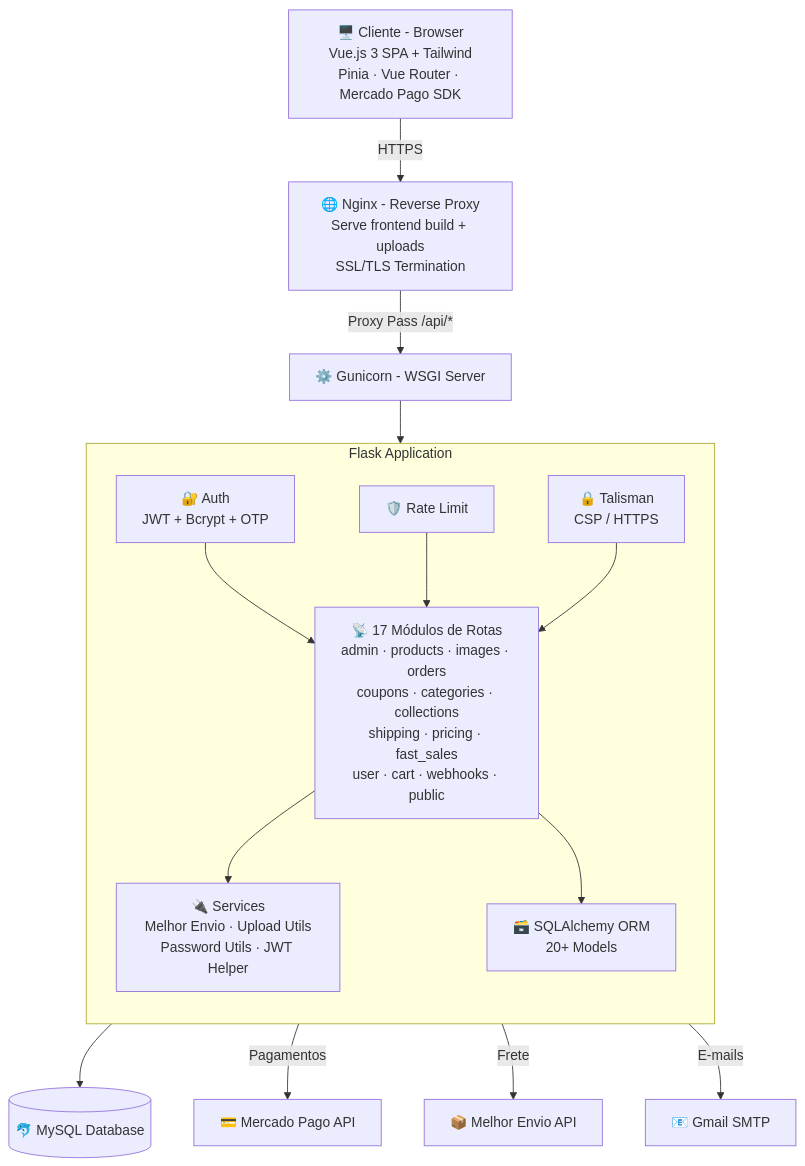
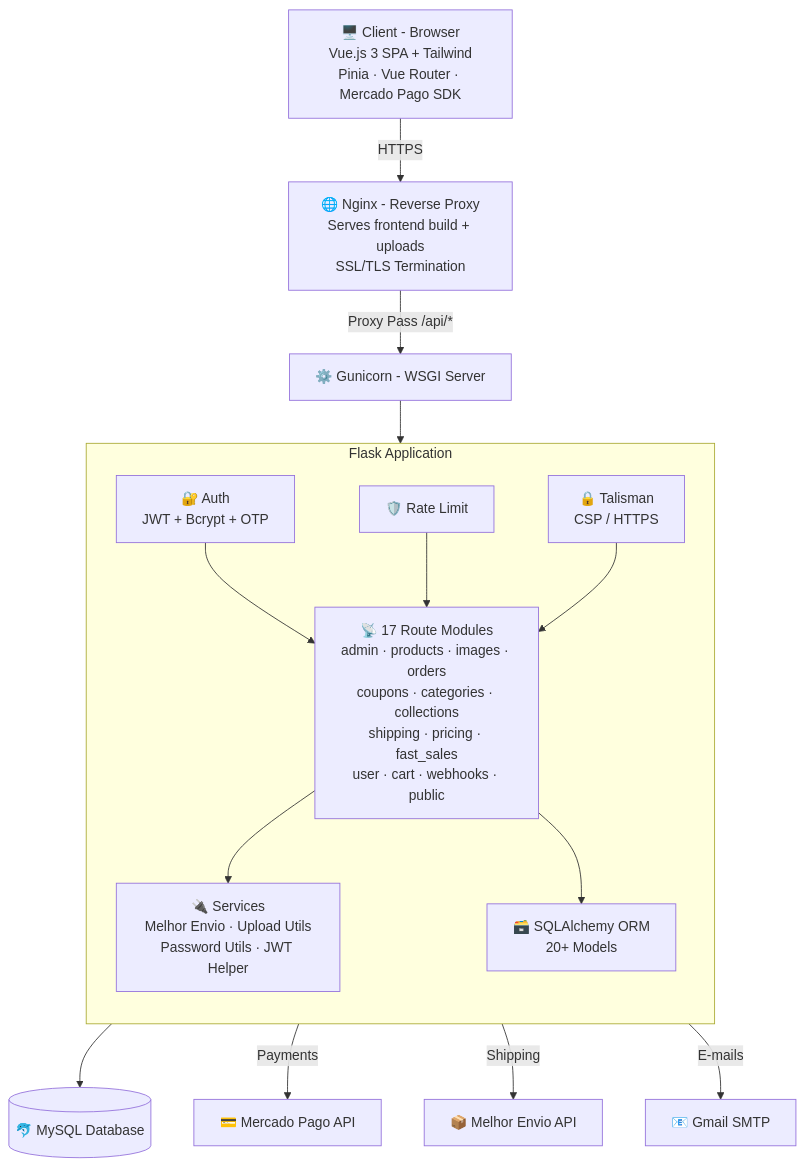
The diagram in README.md (Xavis01/fullstack-ecommerce-platform-Showcase), drawn with Mermaid before and after one commit. The commit also changed other lines of this file and 2 other files, not shown here.

````diff
--- a/README.md
+++ b/README.md
@@ -191,33 +191,33 @@
 ```mermaid
 flowchart TD
-    CLIENT["🖥️ Cliente - Browser\nVue.js 3 SPA + Tailwind\nPinia · Vue Router · Mercado Pago SDK"]
-    NGINX["🌐 Nginx - Reverse Proxy\nServe frontend build + uploads\nSSL/TLS Termination"]
+    CLIENT["🖥️ Client - Browser\nVue.js 3 SPA + Tailwind\nPinia · Vue Router · Mercado Pago SDK"]
+    NGINX["🌐 Nginx - Reverse Proxy\nServes frontend build + uploads\nSSL/TLS Termination"]
     GUNICORN["⚙️ Gunicorn - WSGI Server"]
     
     subgraph FLASK["Flask Application"]
         direction TB
         AUTH["🔐 Auth\nJWT + Bcrypt + OTP"]
         RATE["🛡️ Rate Limit"]
         TALISMAN["🔒 Talisman\nCSP / HTTPS"]
-        ROUTES["📡 17 Módulos de Rotas\nadmin · products · images · orders\ncoupons · categories · collections\nshipping · pricing · fast_sales\nuser · cart · webhooks · public"]
+        ROUTES["📡 17 Route Modules\nadmin · products · images · orders\ncoupons · categories · collections\nshipping · pricing · fast_sales\nuser · cart · webhooks · public"]
         SERVICES["🔌 Services\nMelhor Envio · Upload Utils\nPassword Utils · JWT Helper"]
         ORM["🗃️ SQLAlchemy ORM\n20+ Models"]
         
         AUTH & RATE & TALISMAN --> ROUTES
         ROUTES --> SERVICES
         ROUTES --> ORM
     end
     
     DB[("🐬 MySQL Database")]
     MP["💳 Mercado Pago API"]
     ME["📦 Melhor Envio API"]
     MAIL["📧 Gmail SMTP"]
     
     CLIENT -->|HTTPS| NGINX
     NGINX -->|"Proxy Pass /api/*"| GUNICORN
     GUNICORN --> FLASK
     ORM --> DB
-    SERVICES -->|Pagamentos| MP
-    SERVICES -->|Frete| ME
+    SERVICES -->|Payments| MP
+    SERVICES -->|Shipping| ME
     SERVICES -->|E-mails| MAIL
 ```
````
